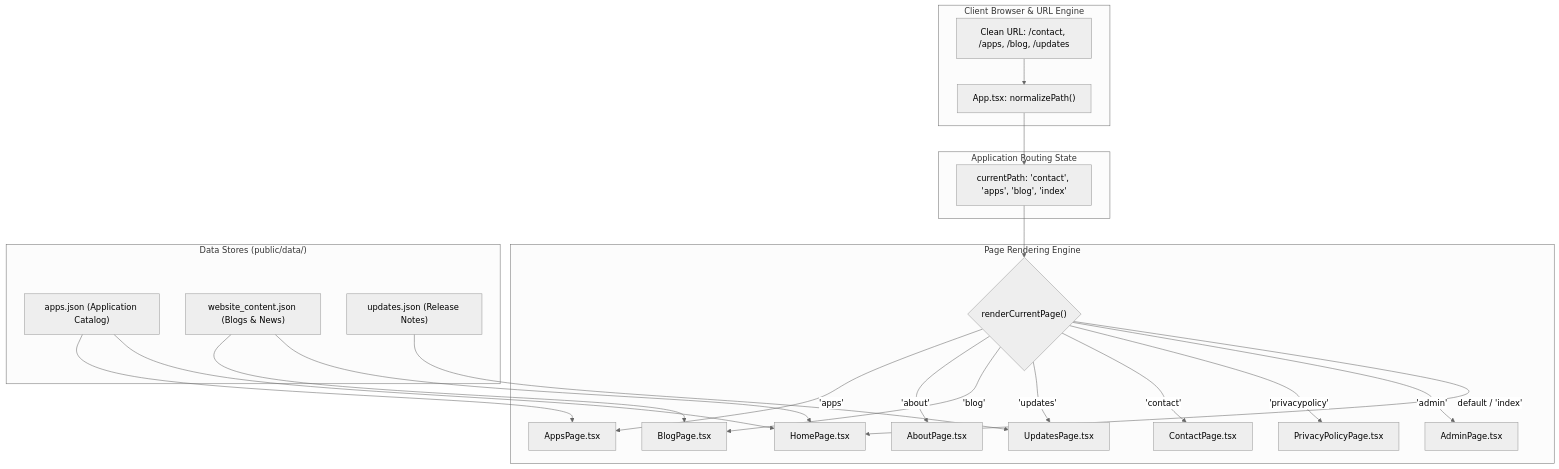
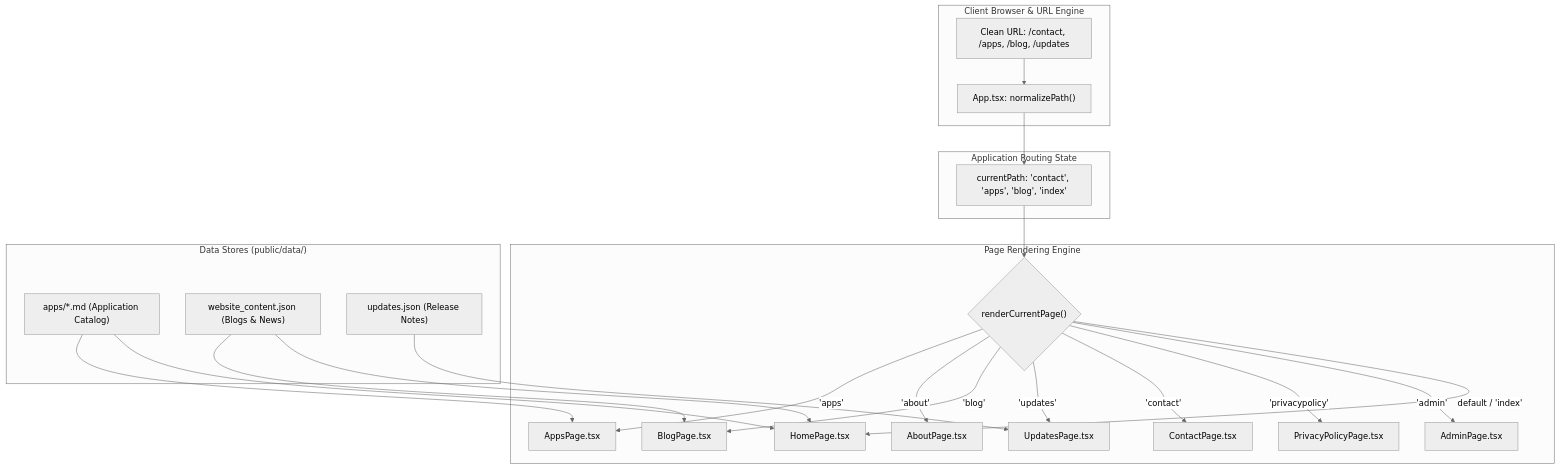
Before and after one commit to EG1DOTIN/eg1.in: the first of 3 diagrams in docs/DEVELOPER_GUIDE.md, drawn with Mermaid (neutral theme). The commit also changed other lines of this file and 21 other files, not shown here.

First line of the commit message:
feat(catalog): add EG-Web-Core product, switch to markdown architecture, and optimize apps page

````diff
--- a/docs/DEVELOPER_GUIDE.md
+++ b/docs/DEVELOPER_GUIDE.md
@@ -11,32 +11,32 @@
 ```mermaid
 flowchart TD
     subgraph Browser["Client Browser & URL Engine"]
         URL["Clean URL: /contact, /apps, /blog, /updates"]
         Normalizer["App.tsx: normalizePath()"]
         URL --> Normalizer
     end
 
     subgraph State["Application Routing State"]
         Normalizer --> CurrentPath["currentPath: 'contact', 'apps', 'blog', 'index'"]
     end
 
     subgraph Router["Page Rendering Engine"]
         CurrentPath --> Switch{"renderCurrentPage()"}
         Switch -- "'apps'" --> AppsPage["AppsPage.tsx"]
         Switch -- "'about'" --> AboutPage["AboutPage.tsx"]
         Switch -- "'blog'" --> BlogPage["BlogPage.tsx"]
         Switch -- "'updates'" --> UpdatesPage["UpdatesPage.tsx"]
         Switch -- "'contact'" --> ContactPage["ContactPage.tsx"]
         Switch -- "'privacypolicy'" --> PrivacyPage["PrivacyPolicyPage.tsx"]
         Switch -- "'admin'" --> AdminPage["AdminPage.tsx"]
         Switch -- "default / 'index'" --> HomePage["HomePage.tsx"]
     end
 
     subgraph Data["Data Stores (public/data/)"]
-        AppsJson["apps.json (Application Catalog)"] --> AppsPage
-        AppsJson --> HomePage
+        AppsMd["apps/*.md (Application Catalog)"] --> AppsPage
+        AppsMd --> HomePage
         ContentJson["website_content.json (Blogs & News)"] --> BlogPage
         ContentJson --> HomePage
         UpdatesJson["updates.json (Release Notes)"] --> UpdatesPage
     end
 ```
````
